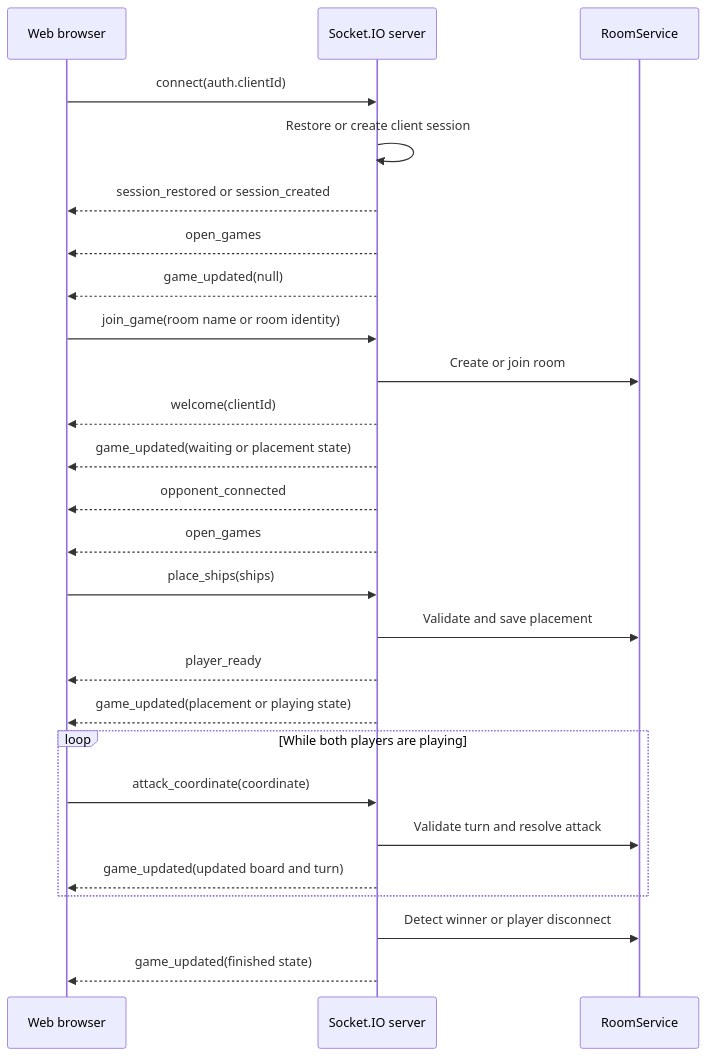
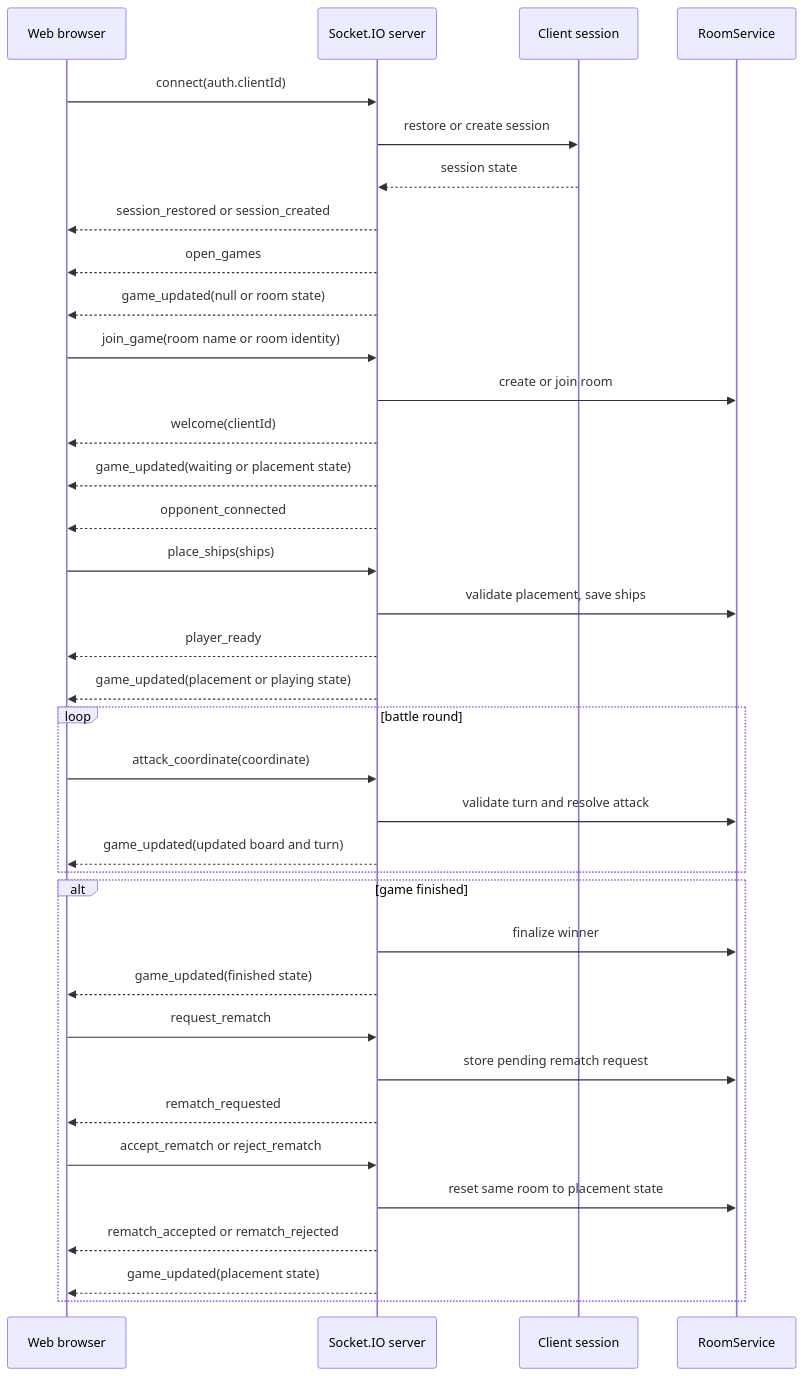
The diagram in apps/web/README.md (LukaszGrela/battle-ships-game), drawn with Mermaid before and after one commit. The commit also changed other lines of this file and 7 other files, not shown here.

Commit message:
Implement rematch feature with request, accept, and reject handlers; update game lifecycle and documentation

````diff
--- a/apps/web/README.md
+++ b/apps/web/README.md
@@ -91,33 +76,43 @@
 ```mermaid
 sequenceDiagram
-	participant Browser as Web browser
-	participant Server as Socket.IO server
-	participant Room as RoomService
+    participant Browser as Web browser
+    participant Server as Socket.IO server
+    participant Session as Client session
+    participant Room as RoomService
 
-	Browser->>Server: connect(auth.clientId)
-	Server->>Server: Restore or create client session
-	Server-->>Browser: session_restored or session_created
-	Server-->>Browser: open_games
-	Server-->>Browser: game_updated(null)
+    Browser->>Server: connect(auth.clientId)
+    Server->>Session: restore or create session
+    Session-->>Server: session state
+    Server-->>Browser: session_restored or session_created
+    Server-->>Browser: open_games
+    Server-->>Browser: game_updated(null or room state)
 
-	Browser->>Server: join_game(room name or room identity)
-	Server->>Room: Create or join room
-	Server-->>Browser: welcome(clientId)
-	Server-->>Browser: game_updated(waiting or placement state)
-	Server-->>Browser: opponent_connected
-	Server-->>Browser: open_games
+    Browser->>Server: join_game(room name or room identity)
+    Server->>Room: create or join room
+    Server-->>Browser: welcome(clientId)
+    Server-->>Browser: game_updated(waiting or placement state)
+    Server-->>Browser: opponent_connected
 
-	Browser->>Server: place_ships(ships)
-	Server->>Room: Validate and save placement
-	Server-->>Browser: player_ready
-	Server-->>Browser: game_updated(placement or playing state)
+    Browser->>Server: place_ships(ships)
+    Server->>Room: validate placement, save ships
+    Server-->>Browser: player_ready
+    Server-->>Browser: game_updated(placement or playing state)
 
-	loop While both players are playing
-		Browser->>Server: attack_coordinate(coordinate)
-		Server->>Room: Validate turn and resolve attack
-		Server-->>Browser: game_updated(updated board and turn)
-	end
+    loop battle round
+        Browser->>Server: attack_coordinate(coordinate)
+        Server->>Room: validate turn and resolve attack
+        Server-->>Browser: game_updated(updated board and turn)
+    end
 
-	Server->>Room: Detect winner or player disconnect
-	Server-->>Browser: game_updated(finished state)
+    alt game finished
+        Server->>Room: finalize winner
+        Server-->>Browser: game_updated(finished state)
+        Browser->>Server: request_rematch
+        Server->>Room: store pending rematch request
+        Server-->>Browser: rematch_requested
+        Browser->>Server: accept_rematch or reject_rematch
+        Server->>Room: reset same room to placement state
+        Server-->>Browser: rematch_accepted or rematch_rejected
+        Server-->>Browser: game_updated(placement state)
+    end
 ```
````
